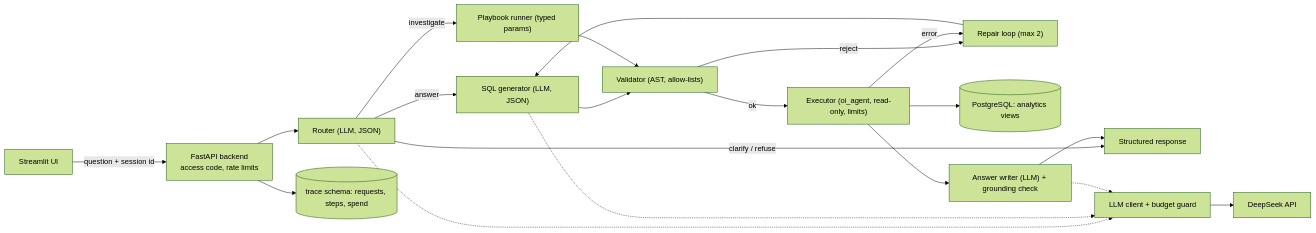
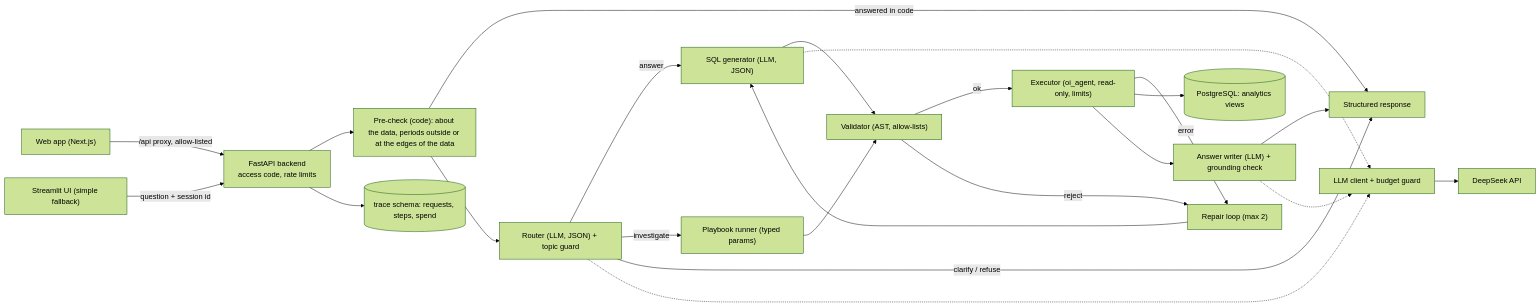
The diagram in README.md (Saicharan519/AI-Order-Intelligence-Agent), drawn with Mermaid (forest theme) before and after one commit. The commit also changed other lines of this file and 85 other files, not shown here.

Commit message:
Add the Next.js web app with saved conversations and a data guide, answer questions about the data and its sparse months in code, and enforce the revenue rule and playbook consistency checks.

````diff
--- a/README.md
+++ b/README.md
@@ -15,22 +15,25 @@
 ```mermaid
 flowchart LR
-  UI["Streamlit UI"] -->|"question + session id"| API["FastAPI backend<br/>access code, rate limits"]
-  API --> RT["Router (LLM, JSON)"]
+  WEB["Web app (Next.js)"] -->|"/api proxy, allow-listed"| API["FastAPI backend<br/>access code, rate limits"]
+  UI["Streamlit UI (simple fallback)"] -->|"question + session id"| API
+  API --> PC["Pre-check (code): about the data, periods outside or at the edges of the data"]
+  PC -->|"answered in code"| OUT
+  PC --> RT["Router (LLM, JSON) + topic guard"]
   RT -->|answer| SG["SQL generator (LLM, JSON)"]
   RT -->|investigate| PB["Playbook runner (typed params)"]
   RT -->|"clarify / refuse"| OUT["Structured response"]
   SG --> VAL["Validator (AST, allow-lists)"]
   PB --> VAL
   VAL -->|ok| EX["Executor (oi_agent, read-only, limits)"]
   VAL -->|reject| RP["Repair loop (max 2)"]
   EX -->|error| RP
   RP --> SG
   EX --> DB[("PostgreSQL: analytics views")]
   EX --> AW["Answer writer (LLM) + grounding check"]
   AW --> OUT
   API --> TR[("trace schema: requests, steps, spend")]
   LLM["LLM client + budget guard"] --> DS["DeepSeek API"]
   RT -.-> LLM
   SG -.-> LLM
   AW -.-> LLM
 ```
````
